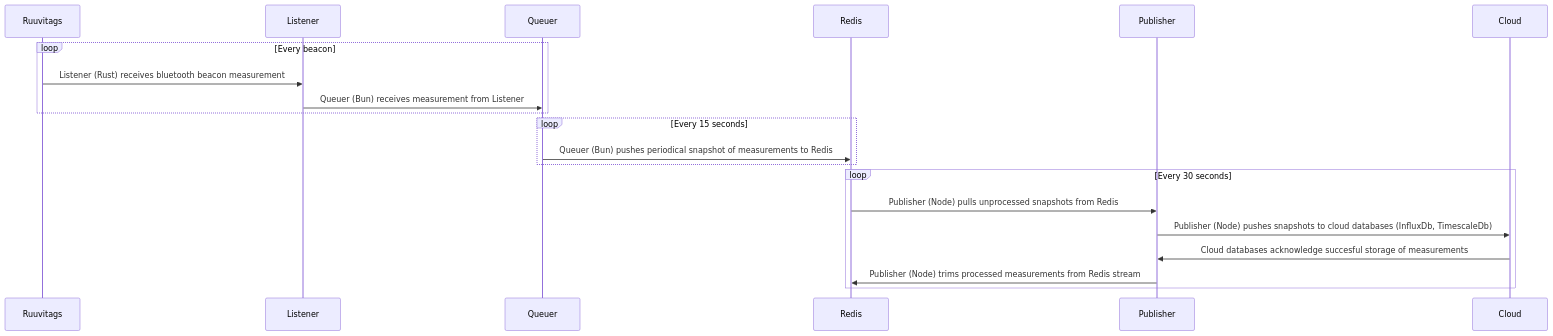
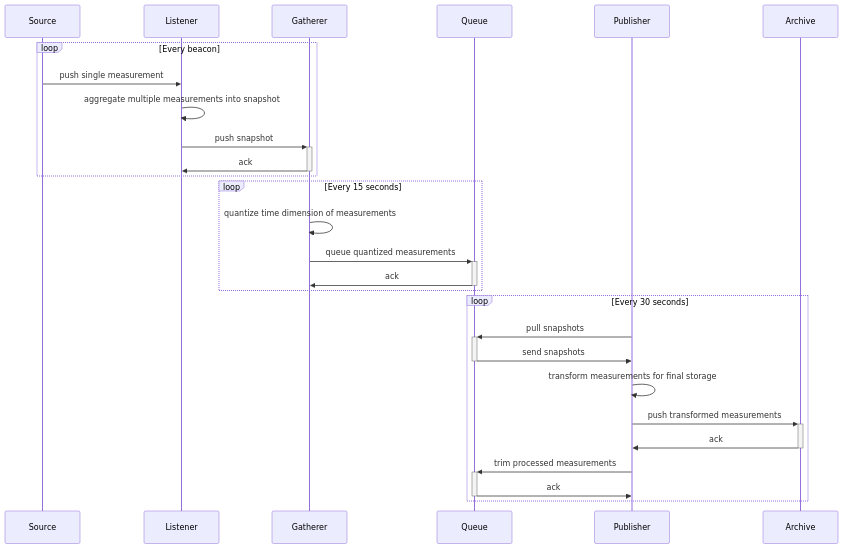
The second of 2 diagrams in README.md (unkhz/ruuvipuserrin), drawn with Mermaid before and after one commit. The commit also changed other lines of this file, not shown here.

Commit message:
Update architecture

````diff
--- a/README.md
+++ b/README.md
@@ -11,16 +49,23 @@
 ```mermaid
 sequenceDiagram
     loop Every beacon
-        Ruuvitags->>Listener: Listener (Rust) receives bluetooth beacon measurement
-        Listener->>Queuer: Queuer (Bun) receives measurement from Listener
+        Source->>Listener: push single measurement
+        Listener->>Listener: aggregate multiple measurements into snapshot
+        Listener->>+Gatherer: push snapshot
+        Gatherer->>-Listener: ack
     end
     loop Every 15 seconds
-        Queuer->>Redis: Queuer (Bun) pushes periodical snapshot of measurements to Redis
+        Gatherer->>Gatherer: quantize time dimension of measurements
+        Gatherer->>+Queue: queue quantized measurements
+        Queue->>-Gatherer: ack
     end
     loop Every 30 seconds
-        Redis->>Publisher: Publisher (Node) pulls unprocessed snapshots from Redis
-        Publisher->>Cloud: Publisher (Node) pushes snapshots to cloud databases (InfluxDb, TimescaleDb)
-        Cloud->>Publisher: Cloud databases acknowledge succesful storage of measurements
-        Publisher->>Redis: Publisher (Node) trims processed measurements from Redis stream
+        Publisher->>+Queue: pull snapshots
+        Queue->>-Publisher: send snapshots
+        Publisher->>Publisher: transform measurements for final storage
+        Publisher->>+Archive: push transformed measurements
+        Archive->>-Publisher: ack
+        Publisher->>+Queue: trim processed measurements
+        Queue->>-Publisher: ack
     end
 ```
````
